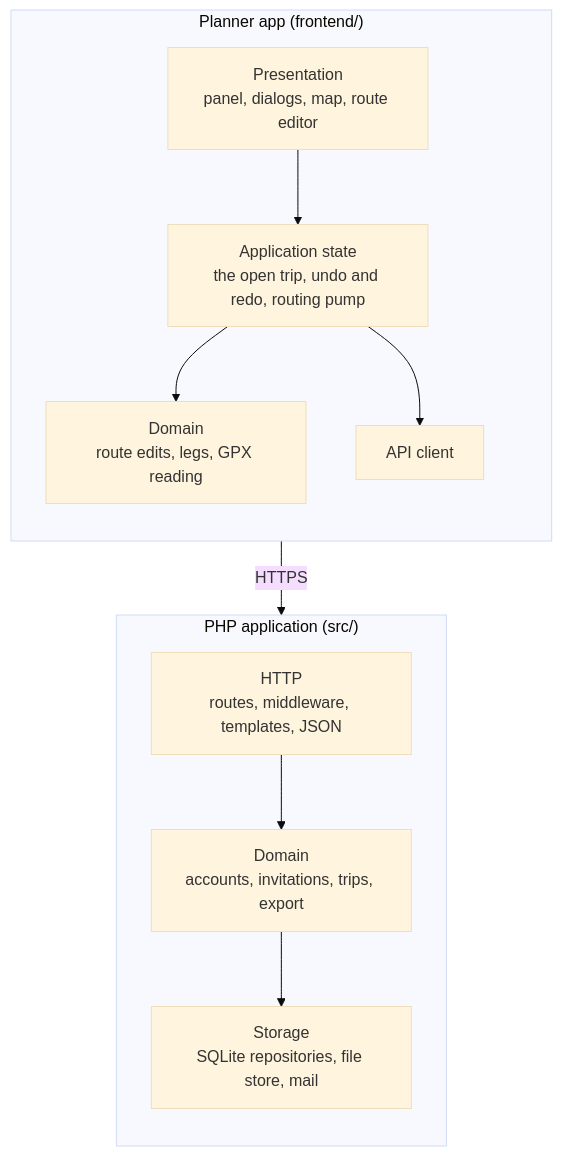
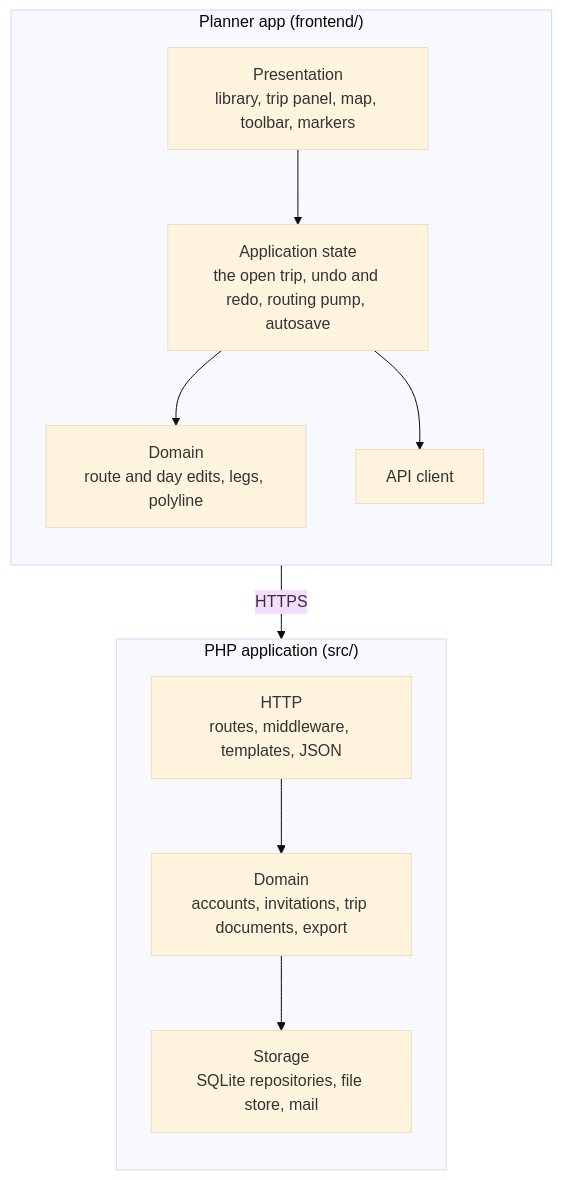
One commit to c0dev0id/TripPlanner changed the second of 3 diagrams in .github/architecture.md. Above: the diagram before and after it, drawn with Mermaid (base theme). The commit also changed other lines of this file and 6 other files, not shown here.

First line of the commit message:
Document the trip editor and export

````diff
--- a/.github/architecture.md
+++ b/.github/architecture.md
@@ -37,20 +37,20 @@
 ```mermaid
 flowchart TB
   subgraph frontend["Planner app (frontend/)"]
     direction TB
-    ui["Presentation<br/>panel, dialogs, map, route editor"]
-    state["Application state<br/>the open trip, undo and redo, routing pump"]
-    fdomain["Domain<br/>route edits, legs, GPX reading"]
+    ui["Presentation<br/>library, trip panel, map, toolbar, markers"]
+    state["Application state<br/>the open trip, undo and redo, routing pump, autosave"]
+    fdomain["Domain<br/>route and day edits, legs, polyline"]
     client["API client"]
     ui --> state --> fdomain
     state --> client
   end
   subgraph backend["PHP application (src/)"]
     direction TB
     http["HTTP<br/>routes, middleware, templates, JSON"]
-    domain["Domain<br/>accounts, invitations, trips, export"]
+    domain["Domain<br/>accounts, invitations, trip documents, export"]
     storage["Storage<br/>SQLite repositories, file store, mail"]
     http --> domain --> storage
   end
   client -->|HTTPS| http
 ```
````
